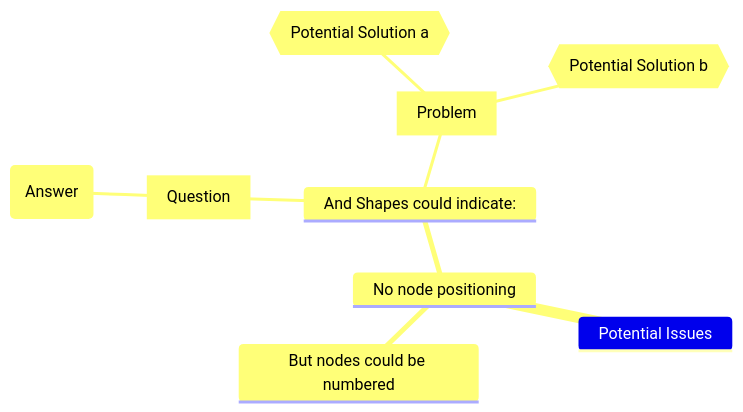
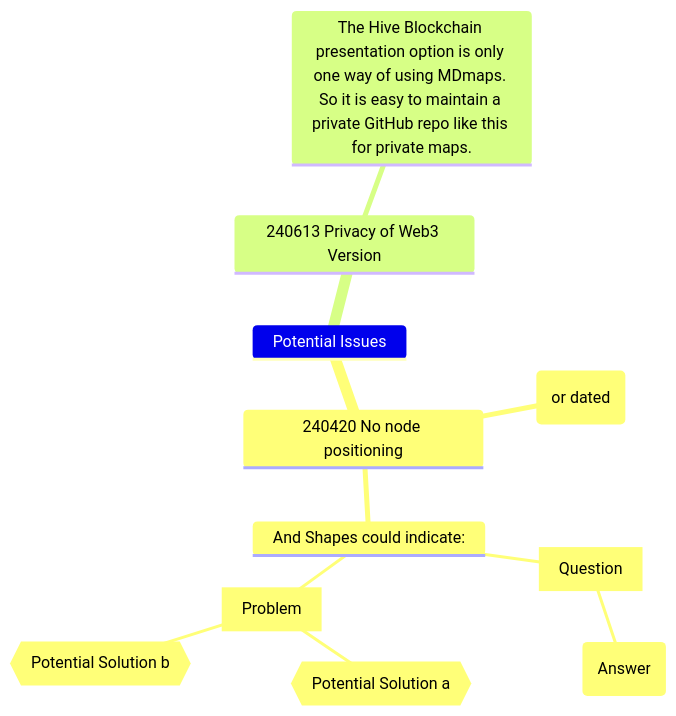
Before and after one commit to kct2020/mddiag: the fourth of 7 diagrams in README.md, drawn with Mermaid. The commit also changed other lines of this file, not shown here.

````diff
--- a/README.md
+++ b/README.md
@@ -86,12 +114,14 @@
 ```mermaid
 mindmap
 Potential Issues
-  No node positioning
-    But nodes could be numbered
+  240420 No node positioning
+    But nodes could be numbered (or dated)
     And Shapes could indicate:
         [Question]
             (Answer)
         [Problem]
             {{Potential Solution a}}
             {{Potential Solution b}}
+  240613 Privacy of Web3 Version
+    The Hive Blockchain presentation option is only one way of using MDmaps. So it is easy to maintain a private GitHub repo like this for private maps.
 ```
````
